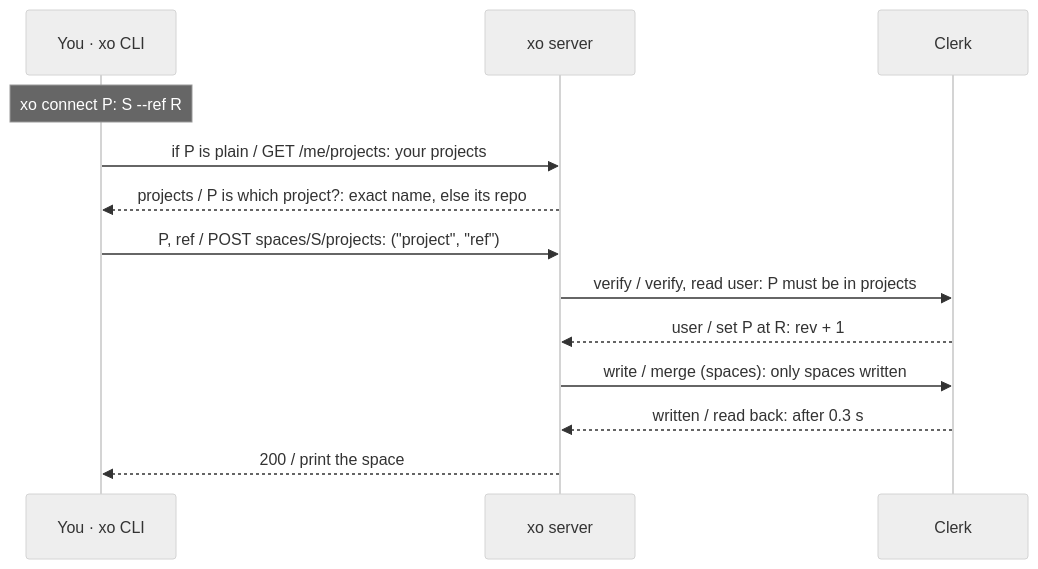
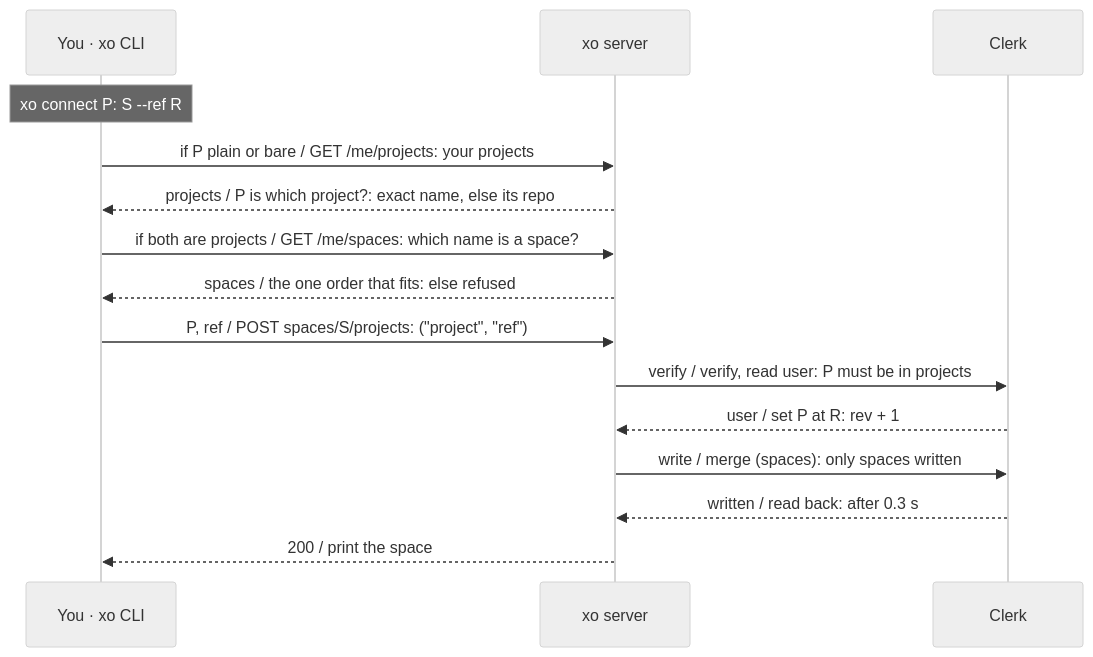
Before and after one commit to quirq-ai/xo: diagram 15 of 30 in docs/architecture.md, drawn with Mermaid (neutral theme). The commit also changed other lines of this file and 4 other files, not shown here.

First line of the commit message:
xo connect: when both names are projects, your spaces decide the order

````diff
--- a/docs/architecture.md
+++ b/docs/architecture.md
@@ -339,15 +341,17 @@
 ```mermaid
 sequenceDiagram
   participant Cli as You · xo CLI
   participant Srv as xo server
   participant Clerk as Clerk
   Note over Cli: xo connect P: S --ref R
-  Cli->>Srv: if P is plain / GET /me/projects: your projects
+  Cli->>Srv: if P plain or bare / GET /me/projects: your projects
   Srv-->>Cli: projects / P is which project?: exact name, else its repo
+  Cli->>Srv: if both are projects / GET /me/spaces: which name is a space?
+  Srv-->>Cli: spaces / the one order that fits: else refused
   Cli->>Srv: P, ref / POST spaces/S/projects: ("project", "ref")
   Srv->>Clerk: verify / verify, read user: P must be in projects
   Clerk-->>Srv: user / set P at R: rev + 1
   Srv->>Clerk: write / merge (spaces): only spaces written
   Clerk-->>Srv: written / read back: after 0.3 s
   Srv-->>Cli: 200 / print the space
 ```
````
